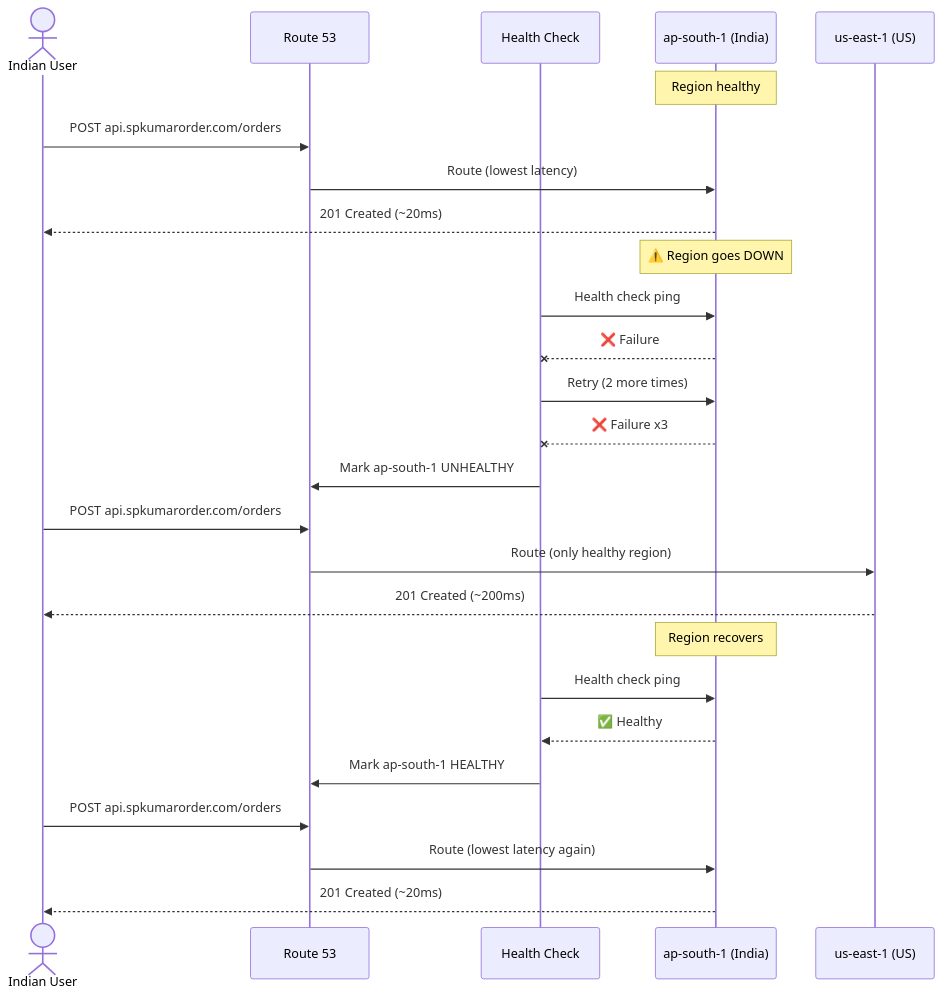
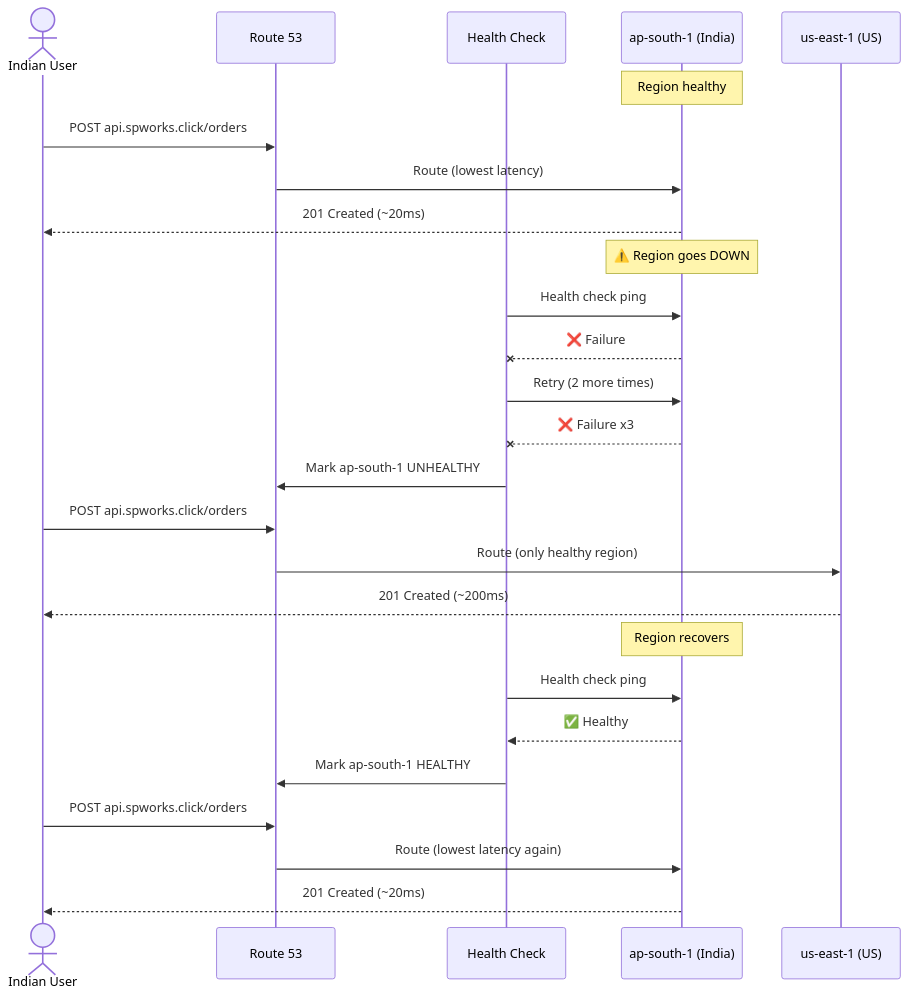
Before and after one commit to SandeepPamujula/order-notification-distributed: the fifth of 8 diagrams in docs/architecture.md, drawn with Mermaid. The commit also changed other lines of this file and 20 other files, not shown here.

````diff
--- a/docs/architecture.md
+++ b/docs/architecture.md
@@ -326,33 +326,33 @@
 ```mermaid
 sequenceDiagram
     actor User as Indian User
     participant R53 as Route 53
     participant HC as Health Check
     participant AP as ap-south-1 (India)
     participant US as us-east-1 (US)
 
     Note over AP: Region healthy
-    User->>R53: POST api.spkumarorder.com/orders
+    User->>R53: POST api.spworks.click/orders
     R53->>AP: Route (lowest latency)
     AP-->>User: 201 Created (~20ms)
 
     Note over AP: ⚠️ Region goes DOWN
     HC->>AP: Health check ping
     AP--xHC: ❌ Failure
     HC->>AP: Retry (2 more times)
     AP--xHC: ❌ Failure x3
     HC->>R53: Mark ap-south-1 UNHEALTHY
 
-    User->>R53: POST api.spkumarorder.com/orders
+    User->>R53: POST api.spworks.click/orders
     R53->>US: Route (only healthy region)
     US-->>User: 201 Created (~200ms)
 
     Note over AP: Region recovers
     HC->>AP: Health check ping
     AP-->>HC: ✅ Healthy
     HC->>R53: Mark ap-south-1 HEALTHY
 
-    User->>R53: POST api.spkumarorder.com/orders
+    User->>R53: POST api.spworks.click/orders
     R53->>AP: Route (lowest latency again)
     AP-->>User: 201 Created (~20ms)
 ```
````
